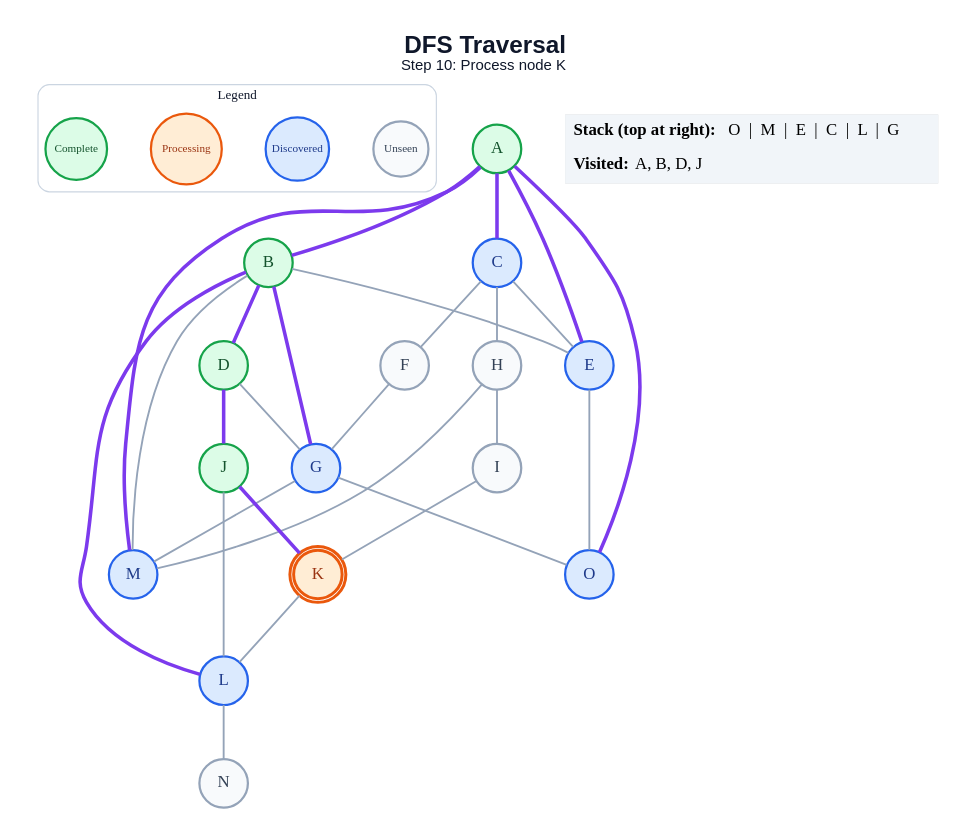
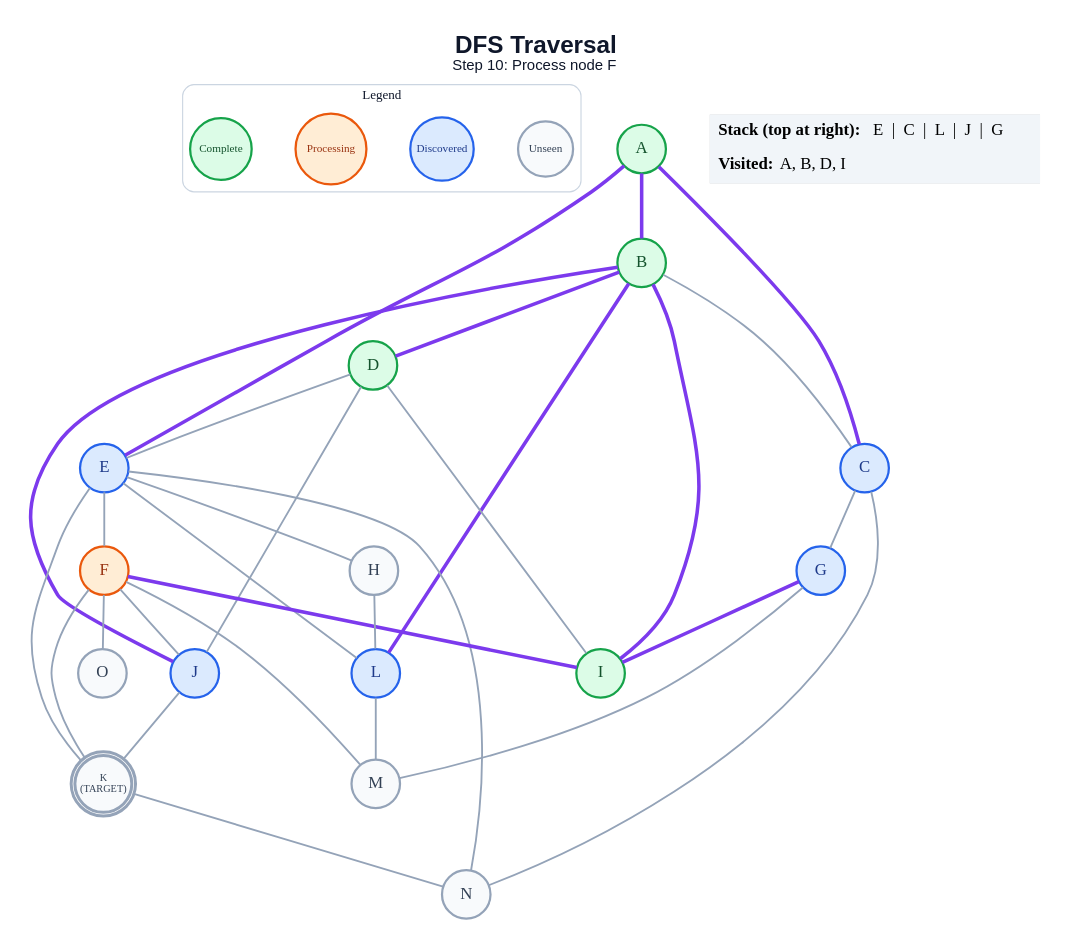
Before and after one commit to anon7238593-create/ai-slop: the diagram in generated/dfs/step_10.dot, drawn with Graphviz. The commit also changed 243 other files, not shown here.

```diff
--- a/generated/dfs/step_10.dot
+++ b/generated/dfs/step_10.dot
@@ -1,60 +1,63 @@
 graph traversal {
   graph [layout=dot, rankdir=TB, bgcolor="#FFFFFF", pad="0.35", nodesep="0.65", ranksep="0.8", fontname="Arial"];
   node [shape=circle, style="filled", fontname="Arial Bold", fontsize=18, width=0.72, fixedsize=true, penwidth=2.4];
   edge [color="#94A3B8", penwidth=2.0];
-  label=<<B>DFS Traversal</B><BR/><FONT POINT-SIZE="16">Step 10: Process node K</FONT>>; labelloc="t"; fontsize=26; fontname="Arial"; fontcolor="#0F172A";
+  label=<<B>DFS Traversal</B><BR/><FONT POINT-SIZE="16">Step 10: Process node F</FONT>>; labelloc="t"; fontsize=26; fontname="Arial"; fontcolor="#0F172A";
   subgraph cluster_legend { label="Legend"; color="#CBD5E1"; penwidth=1.2; style="rounded"; fontsize=14; fontname="Arial Bold";
     key_unseen [label="Unseen", fillcolor="#F8FAFC", color="#94A3B8", fontcolor="#334155", fontsize=12, width=0.82];
     key_frontier [label="Discovered", fillcolor="#DBEAFE", color="#2563EB", fontcolor="#1E3A8A", fontsize=12, width=0.95];
     key_current [label="Processing", fillcolor="#FFEDD5", color="#EA580C", fontcolor="#9A3412", fontsize=12, width=1.05];
     key_done [label="Complete", fillcolor="#DCFCE7", color="#16A34A", fontcolor="#14532D", fontsize=12, width=0.92];
     { rank=same; key_unseen; key_frontier; key_current; key_done; }
   }
   A [label="A", fillcolor="#DCFCE7", color="#16A34A", fontcolor="#14532D", peripheries=1, penwidth=2.4];
   B [label="B", fillcolor="#DCFCE7", color="#16A34A", fontcolor="#14532D", peripheries=1, penwidth=2.4];
   C [label="C", fillcolor="#DBEAFE", color="#2563EB", fontcolor="#1E3A8A", peripheries=1, penwidth=2.4];
   D [label="D", fillcolor="#DCFCE7", color="#16A34A", fontcolor="#14532D", peripheries=1, penwidth=2.4];
   E [label="E", fillcolor="#DBEAFE", color="#2563EB", fontcolor="#1E3A8A", peripheries=1, penwidth=2.4];
-  F [label="F", fillcolor="#F8FAFC", color="#94A3B8", fontcolor="#334155", peripheries=1, penwidth=2.4];
+  F [label="F", fillcolor="#FFEDD5", color="#EA580C", fontcolor="#9A3412", peripheries=1, penwidth=2.4];
   G [label="G", fillcolor="#DBEAFE", color="#2563EB", fontcolor="#1E3A8A", peripheries=1, penwidth=2.4];
   H [label="H", fillcolor="#F8FAFC", color="#94A3B8", fontcolor="#334155", peripheries=1, penwidth=2.4];
-  I [label="I", fillcolor="#F8FAFC", color="#94A3B8", fontcolor="#334155", peripheries=1, penwidth=2.4];
-  J [label="J", fillcolor="#DCFCE7", color="#16A34A", fontcolor="#14532D", peripheries=1, penwidth=2.4];
-  K [label="K", fillcolor="#FFEDD5", color="#EA580C", fontcolor="#9A3412", peripheries=2, penwidth=3.2];
+  I [label="I", fillcolor="#DCFCE7", color="#16A34A", fontcolor="#14532D", peripheries=1, penwidth=2.4];
+  J [label="J", fillcolor="#DBEAFE", color="#2563EB", fontcolor="#1E3A8A", peripheries=1, penwidth=2.4];
+  K [label="K\n(TARGET)", fillcolor="#F8FAFC", color="#94A3B8", fontcolor="#334155", peripheries=2, penwidth=3.2, fontsize=11, width=0.85, height=0.85];
   L [label="L", fillcolor="#DBEAFE", color="#2563EB", fontcolor="#1E3A8A", peripheries=1, penwidth=2.4];
-  M [label="M", fillcolor="#DBEAFE", color="#2563EB", fontcolor="#1E3A8A", peripheries=1, penwidth=2.4];
+  M [label="M", fillcolor="#F8FAFC", color="#94A3B8", fontcolor="#334155", peripheries=1, penwidth=2.4];
   N [label="N", fillcolor="#F8FAFC", color="#94A3B8", fontcolor="#334155", peripheries=1, penwidth=2.4];
-  O [label="O", fillcolor="#DBEAFE", color="#2563EB", fontcolor="#1E3A8A", peripheries=1, penwidth=2.4];
+  O [label="O", fillcolor="#F8FAFC", color="#94A3B8", fontcolor="#334155", peripheries=1, penwidth=2.4];
   A -- B [color="#7C3AED", penwidth=3.8];
   A -- C [color="#7C3AED", penwidth=3.8];
   A -- E [color="#7C3AED", penwidth=3.8];
-  A -- M [color="#7C3AED", penwidth=3.8];
-  A -- O [color="#7C3AED", penwidth=3.8];
+  B -- C;
   B -- D [color="#7C3AED", penwidth=3.8];
-  B -- E;
-  B -- G [color="#7C3AED", penwidth=3.8];
+  B -- I [color="#7C3AED", penwidth=3.8];
+  B -- J [color="#7C3AED", penwidth=3.8];
   B -- L [color="#7C3AED", penwidth=3.8];
-  B -- M;
-  C -- E;
-  C -- F;
-  C -- H;
-  D -- G;
-  D -- J [color="#7C3AED", penwidth=3.8];
-  E -- O;
-  F -- G;
+  C -- G;
+  C -- N;
+  D -- E;
+  D -- I;
+  D -- J;
+  E -- F;
+  E -- H;
+  E -- K;
+  E -- L;
+  E -- N;
+  F -- I [color="#7C3AED", penwidth=3.8];
+  F -- J;
+  F -- K;
+  F -- M;
+  F -- O;
+  G -- I [color="#7C3AED", penwidth=3.8];
   G -- M;
-  G -- O;
-  H -- I;
-  H -- M;
-  I -- K;
-  J -- K [color="#7C3AED", penwidth=3.8];
-  J -- L;
-  K -- L;
-  L -- N;
+  H -- L;
+  J -- K;
+  K -- N;
+  L -- M;
   status [shape=plain, fixedsize=false, width=0, height=0, margin=0, label=<
     <TABLE BORDER="0" CELLBORDER="0" CELLPADDING="7" BGCOLOR="#F1F5F9">
-      <TR><TD ALIGN="LEFT"><B>Stack (top at right):</B> O  |  M  |  E  |  C  |  L  |  G</TD></TR>
-      <TR><TD ALIGN="LEFT"><B>Visited:</B> A, B, D, J</TD></TR>
+      <TR><TD ALIGN="LEFT"><B>Stack (top at right):</B> E  |  C  |  L  |  J  |  G</TD></TR>
+      <TR><TD ALIGN="LEFT"><B>Visited:</B> A, B, D, I</TD></TR>
     </TABLE>
   >];
 }
```
